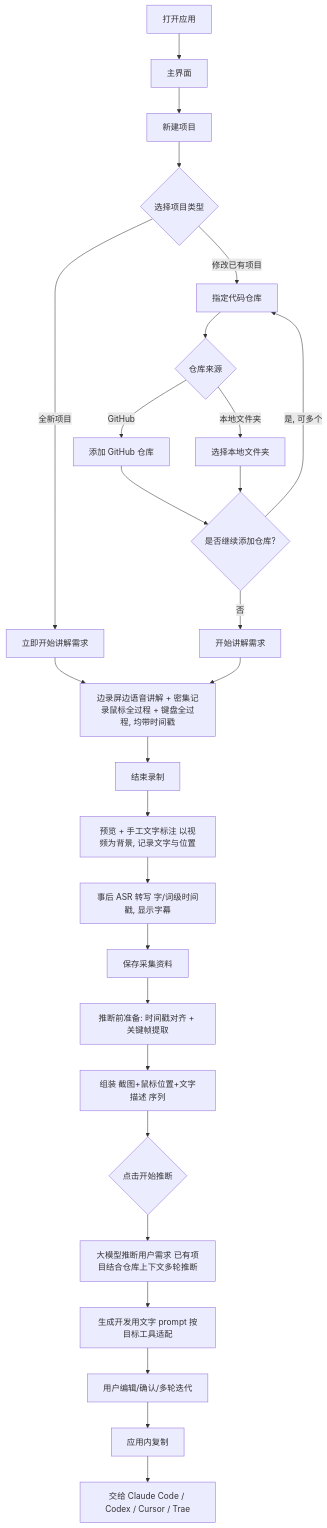
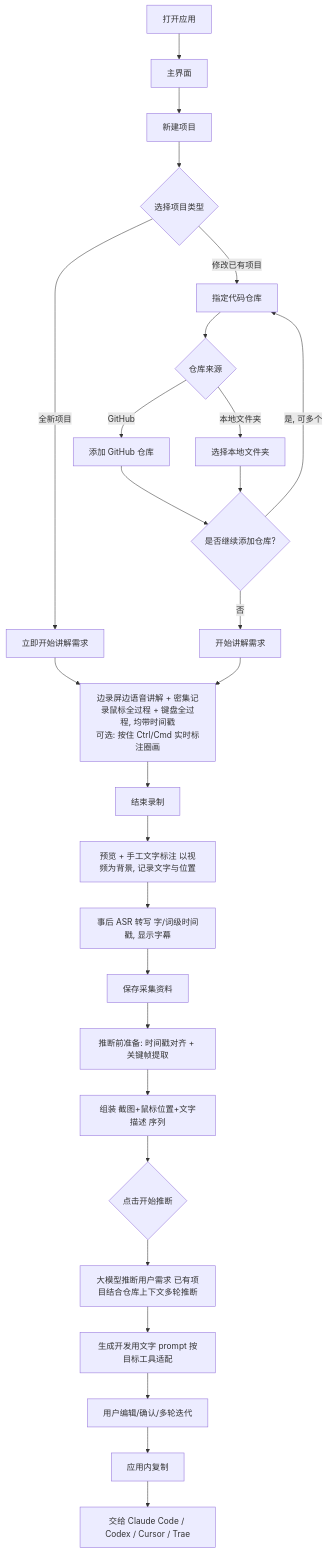
The diagram in docs/需求文档.md (yycode99/rake), drawn with Mermaid before and after one commit. The commit also changed other lines of this file, not shown here.

````diff
--- a/docs/需求文档.md
+++ b/docs/需求文档.md
@@ -263,29 +360,29 @@
 ```mermaid
 flowchart TD
     A[打开应用] --> B[主界面]
     B --> C[新建项目]
     C --> D{选择项目类型}
     D -->|全新项目| E[立即开始讲解需求]
     D -->|修改已有项目| F[指定代码仓库]
     F --> G{仓库来源}
     G -->|GitHub| H[添加 GitHub 仓库]
     G -->|本地文件夹| I[选择本地文件夹]
     H --> J{是否继续添加仓库?}
     I --> J
     J -->|是, 可多个| F
     J -->|否| K[开始讲解需求]
-    E --> L[边录屏边语音讲解 + 密集记录鼠标全过程 + 键盘全过程, 均带时间戳]
+    E --> L[边录屏边语音讲解 + 密集记录鼠标全过程 + 键盘全过程, 均带时间戳<br/>可选: 按住 Ctrl/Cmd 实时标注圈画]
     K --> L
     L --> M[结束录制]
     M --> N[预览 + 手工文字标注 以视频为背景, 记录文字与位置]
     N --> O[事后 ASR 转写 字/词级时间戳, 显示字幕]
     O --> Q[保存采集资料]
     Q --> R[推断前准备: 时间戳对齐 + 关键帧提取]
     R --> S[组装 截图+鼠标位置+文字描述 序列]
     S --> T{点击开始推断}
     T --> U[大模型推断用户需求 已有项目结合仓库上下文多轮推断]
     U --> V[生成开发用文字 prompt 按目标工具适配]
     V --> W[用户编辑/确认/多轮迭代]
     W --> X[应用内复制]
     X --> Y[交给 Claude Code / Codex / Cursor / Trae]
 ```
````
